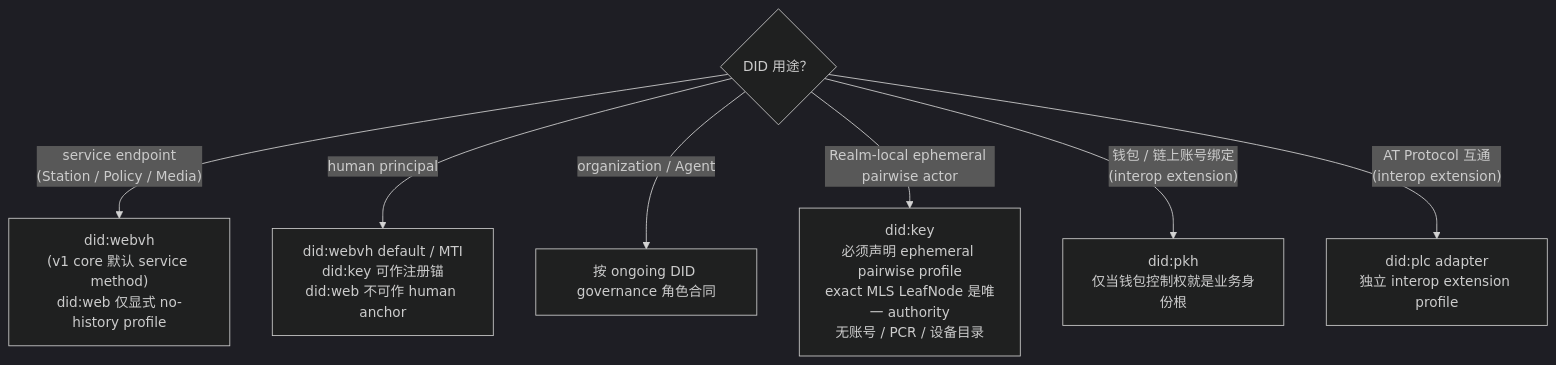
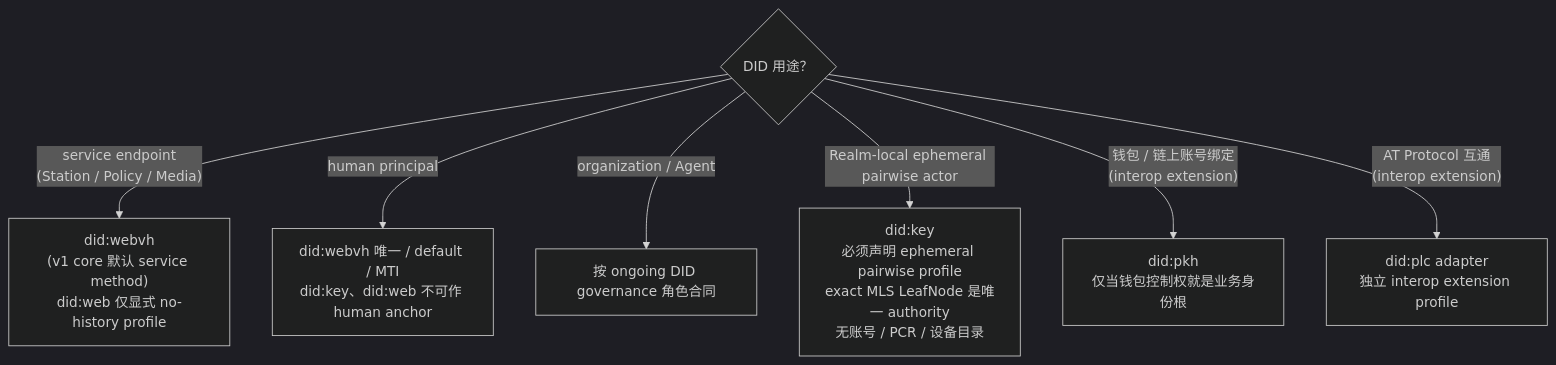
The diagram in spec/v1/zh/identity/identity-did.md (arkret-org/arkret-spec), drawn with Mermaid (dark theme) before and after one commit. The commit also changed other lines of this file and 31 other files, not shown here.

````diff
--- a/spec/v1/zh/identity/identity-did.md
+++ b/spec/v1/zh/identity/identity-did.md
@@ -164,17 +165,17 @@
 ```mermaid
 flowchart TB
     Q1{"DID 用途？"}
 
     Q1 -- "service endpoint<br/>(Station / Policy / Media)" --> SVC["did:webvh<br/>(v1 core 默认 service method)<br/>did:web 仅显式 no-history profile"]
 
-    Q1 -- "human principal" --> PRINCIPAL["did:webvh default / MTI<br/>did:key 可作注册锚<br/>did:web 不可作 human anchor"]
+    Q1 -- "human principal" --> PRINCIPAL["did:webvh 唯一 / default / MTI<br/>did:key、did:web 不可作 human anchor"]
 
     Q1 -- "organization / Agent" --> GOVERNED["按 ongoing DID governance 角色合同"]
 
     Q1 -- "Realm-local ephemeral pairwise actor" --> KEY["did:key<br/>必须声明 ephemeral pairwise profile<br/>exact MLS LeafNode 是唯一 authority<br/>无账号 / PCR / 设备目录"]
 
     Q1 -- "钱包 / 链上账号绑定<br/>(interop extension)" --> PKH["did:pkh<br/>仅当钱包控制权就是业务身份根"]
 
     Q1 -- "AT Protocol 互通<br/>(interop extension)" --> PLC["did:plc adapter<br/>独立 interop extension profile"]
 
 ```
````
